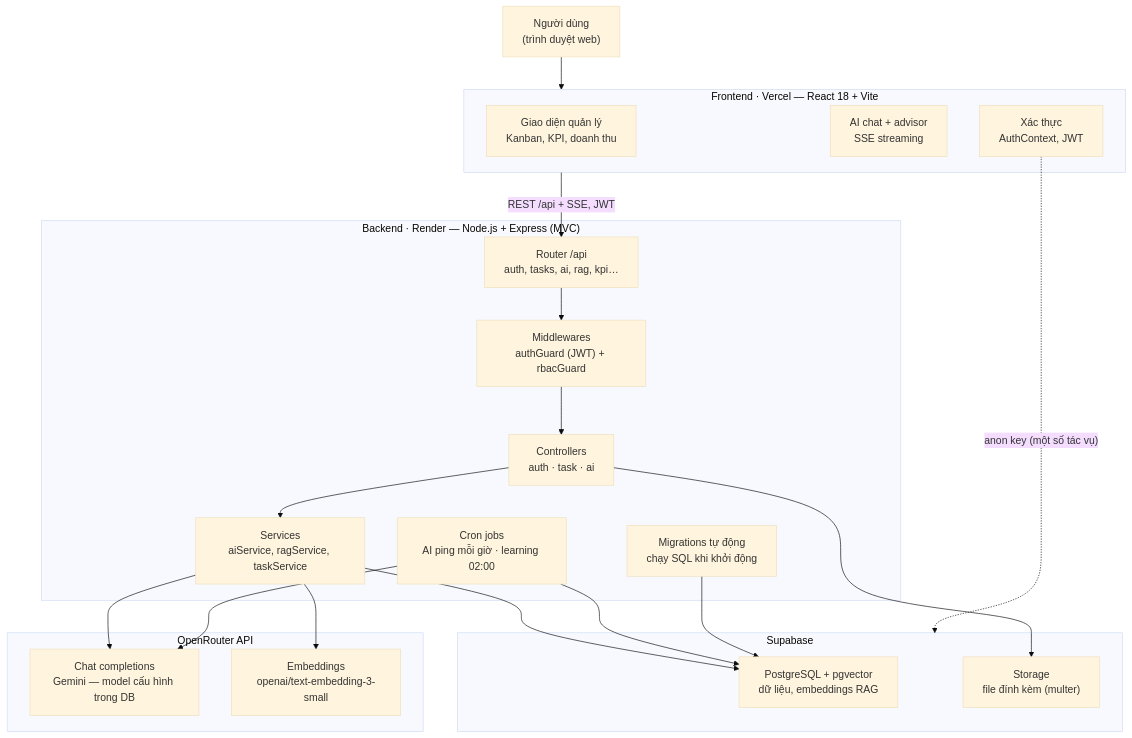
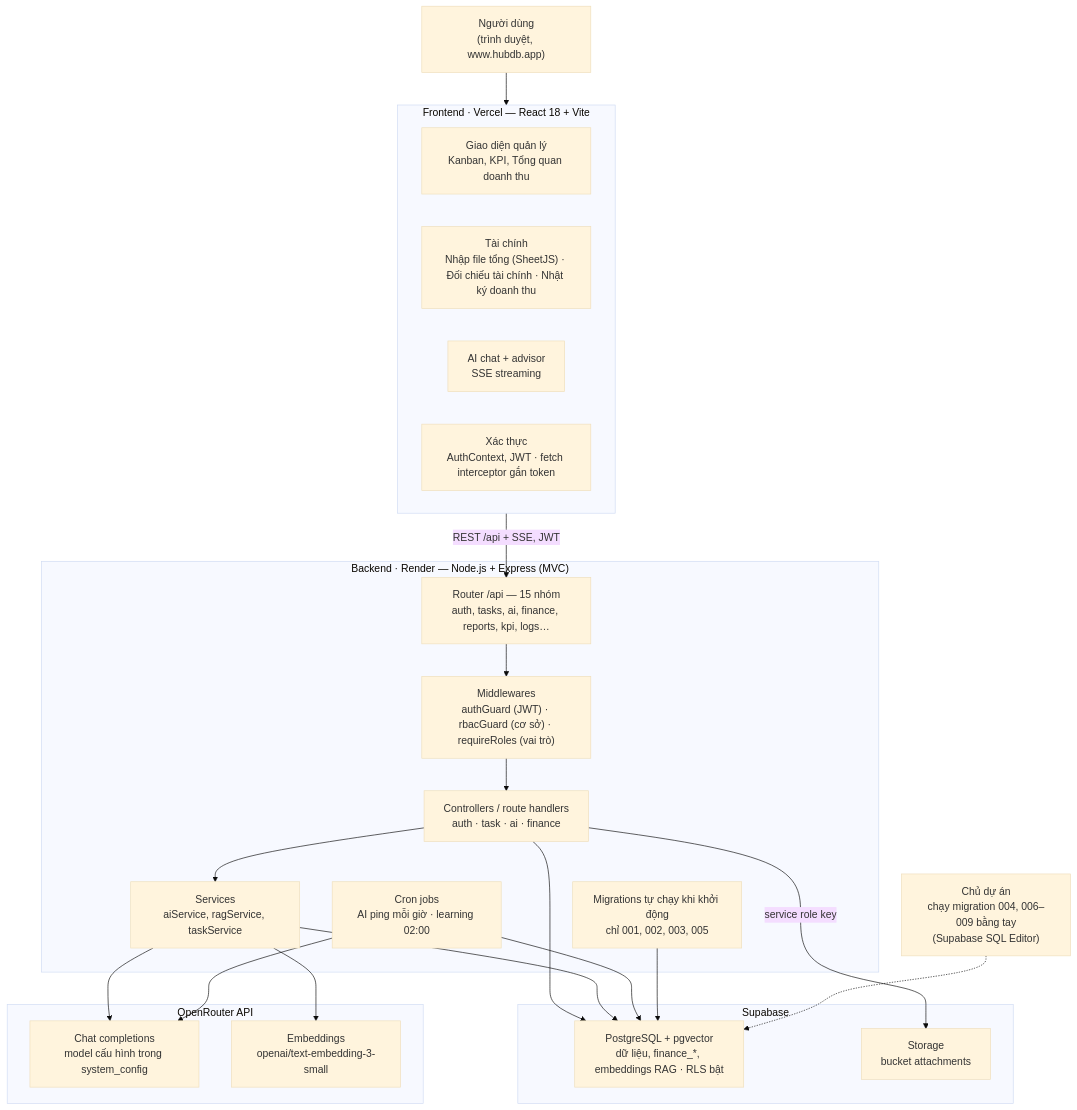
Before and after one commit to contactvhh1206-arch/taskflow-ai-dashboard: the first of 2 diagrams in ARCHITECTURE.md, drawn with Mermaid (base theme). The commit also changed other lines of this file, not shown here.

First line of the commit message:
docs(architecture): cập nhật theo tính năng tài chính và phân quyền mới

````diff
--- a/ARCHITECTURE.md
+++ b/ARCHITECTURE.md
@@ -8,41 +8,45 @@
 ```mermaid
 flowchart TB
-    User["Người dùng<br/>(trình duyệt web)"]
+    User["Người dùng<br/>(trình duyệt, www.hubdb.app)"]
 
     subgraph FE["Frontend · Vercel — React 18 + Vite"]
-        UI["Giao diện quản lý<br/>Kanban, KPI, doanh thu"]
+        UI["Giao diện quản lý<br/>Kanban, KPI, Tổng quan doanh thu"]
+        FIN["Tài chính<br/>Nhập file tổng (SheetJS) · Đối chiếu tài chính · Nhật ký doanh thu"]
         AICHAT["AI chat + advisor<br/>SSE streaming"]
-        AUTH["Xác thực<br/>AuthContext, JWT"]
+        AUTH["Xác thực<br/>AuthContext, JWT · fetch interceptor gắn token"]
     end
 
     subgraph BE["Backend · Render — Node.js + Express (MVC)"]
-        ROUTER["Router /api<br/>auth, tasks, ai, rag, kpi…"]
-        MW["Middlewares<br/>authGuard (JWT) + rbacGuard"]
-        CTRL["Controllers<br/>auth · task · ai"]
+        ROUTER["Router /api — 15 nhóm<br/>auth, tasks, ai, finance, reports, kpi, logs…"]
+        MW["Middlewares<br/>authGuard (JWT) · rbacGuard (cơ sở) · requireRoles (vai trò)"]
+        CTRL["Controllers / route handlers<br/>auth · task · ai · finance"]
         SVC["Services<br/>aiService, ragService, taskService"]
         CRON["Cron jobs<br/>AI ping mỗi giờ · learning 02:00"]
-        MIG["Migrations tự động<br/>chạy SQL khi khởi động"]
+        MIG["Migrations tự chạy khi khởi động<br/>chỉ 001, 002, 003, 005"]
     end
 
     subgraph SB["Supabase"]
-        PG["PostgreSQL + pgvector<br/>dữ liệu, embeddings RAG"]
-        ST["Storage<br/>file đính kèm (multer)"]
+        PG["PostgreSQL + pgvector<br/>dữ liệu, finance_*, embeddings RAG · RLS bật"]
+        ST["Storage<br/>bucket attachments"]
     end
 
     subgraph OR["OpenRouter API"]
-        CHAT["Chat completions<br/>Gemini — model cấu hình trong DB"]
+        CHAT["Chat completions<br/>model cấu hình trong system_config"]
         EMB["Embeddings<br/>openai/text-embedding-3-small"]
     end
+
+    Admin["Chủ dự án<br/>chạy migration 004, 006–009 bằng tay<br/>(Supabase SQL Editor)"]
 
     User --> FE
     FE -->|"REST /api + SSE, JWT"| ROUTER
     ROUTER --> MW --> CTRL --> SVC
+    CTRL --> PG
     SVC --> PG
     SVC --> CHAT
     SVC --> EMB
-    CTRL --> ST
+    CTRL -->|"service role key"| ST
     CRON --> PG
     CRON --> CHAT
     MIG --> PG
-    AUTH -.->|"anon key (một số tác vụ)"| SB
+    Admin -.-> PG
 ```
````
